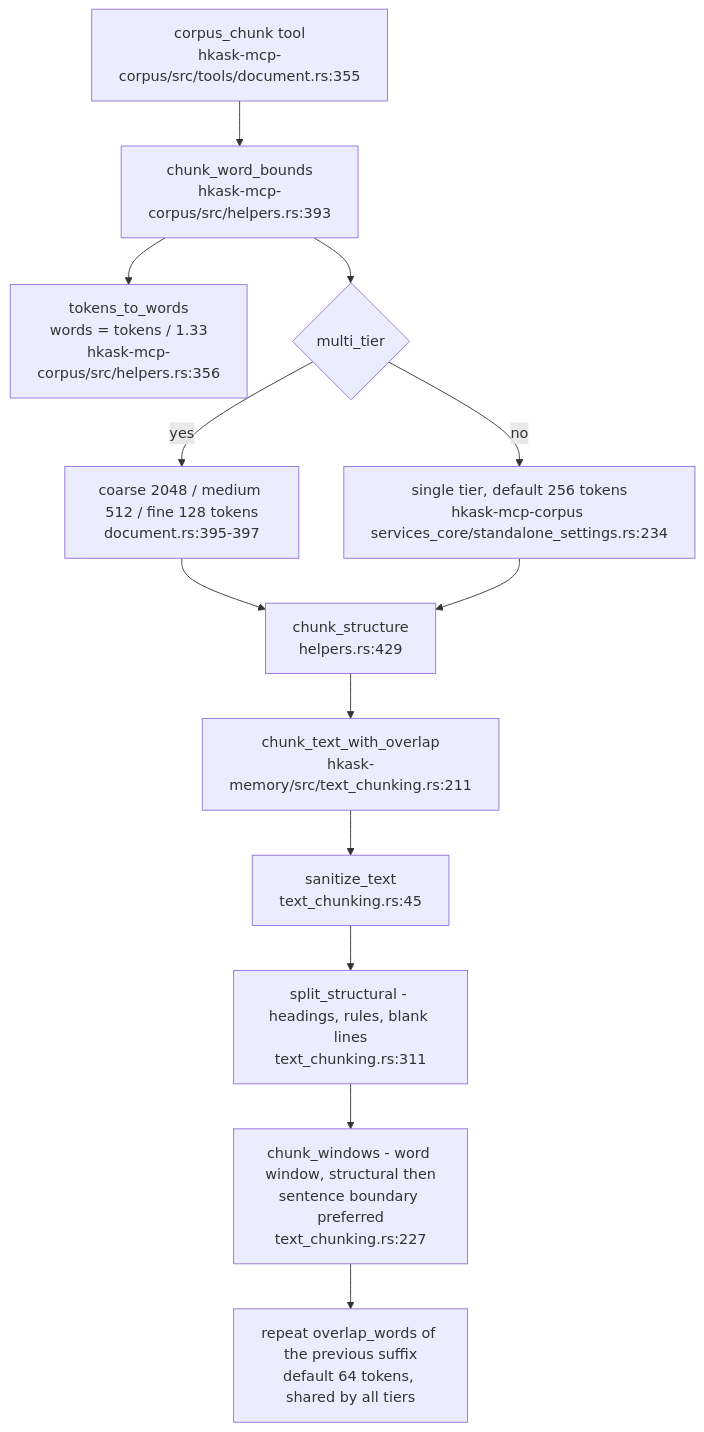
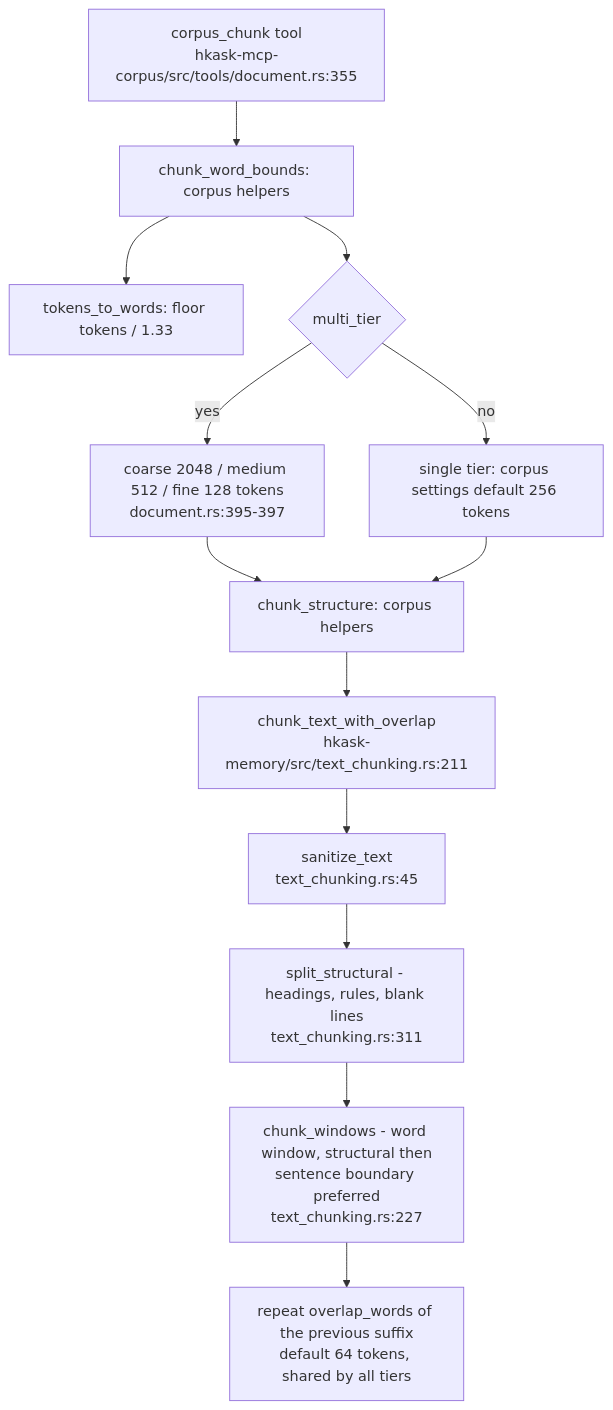
One commit to mdz-axo/zed-kask changed the second of 2 diagrams in kask/docs/research/chunking-for-rag-research.md. Above: the diagram before and after it, drawn with Mermaid. The commit also changed other lines of this file and 27 other files, not shown here.

````diff
--- a/kask/docs/research/chunking-for-rag-research.md
+++ b/kask/docs/research/chunking-for-rag-research.md
@@ -182,15 +182,15 @@
 ```mermaid
 flowchart TD
-    A[corpus_chunk tool<br/>hkask-mcp-corpus/src/tools/document.rs:355] --> B[chunk_word_bounds<br/>hkask-mcp-corpus/src/helpers.rs:393]
-    B --> C[tokens_to_words<br/>words = tokens / 1.33<br/>hkask-mcp-corpus/src/helpers.rs:356]
+    A[corpus_chunk tool<br/>hkask-mcp-corpus/src/tools/document.rs:355] --> B["chunk_word_bounds: corpus helpers"]
+    B --> C["tokens_to_words: floor tokens / 1.33"]
     B --> D{multi_tier}
     D -->|yes| E[coarse 2048 / medium 512 / fine 128 tokens<br/>document.rs:395-397]
-    D -->|no| F[single tier, default 256 tokens<br/>hkask-mcp-corpus services_core/standalone_settings.rs:234]
-    E --> G[chunk_structure<br/>helpers.rs:429]
+    D -->|no| F["single tier: corpus settings default 256 tokens"]
+    E --> G["chunk_structure: corpus helpers"]
     F --> G
     G --> H[chunk_text_with_overlap<br/>hkask-memory/src/text_chunking.rs:211]
     H --> I[sanitize_text<br/>text_chunking.rs:45]
     I --> J[split_structural - headings, rules, blank lines<br/>text_chunking.rs:311]
     J --> K[chunk_windows - word window, structural then<br/>sentence boundary preferred<br/>text_chunking.rs:227]
     K --> L[repeat overlap_words of the previous suffix<br/>default 64 tokens, shared by all tiers]
 ```
````
